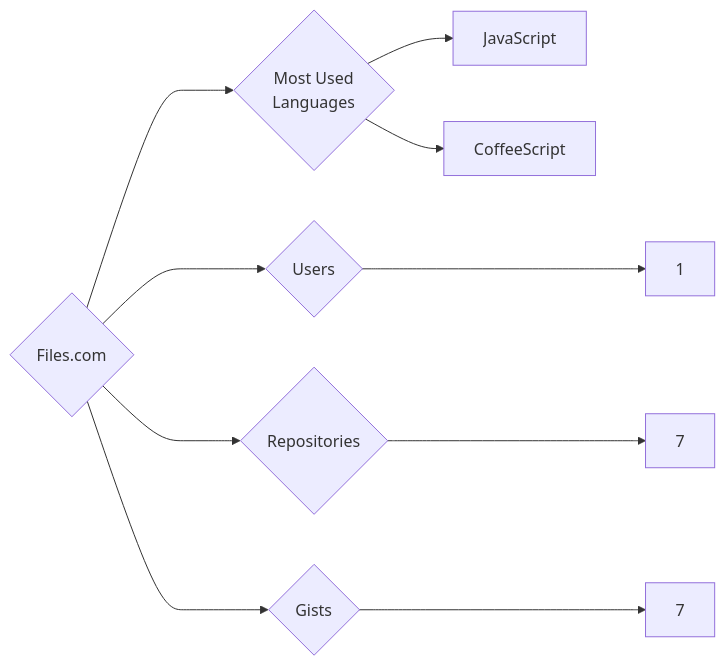
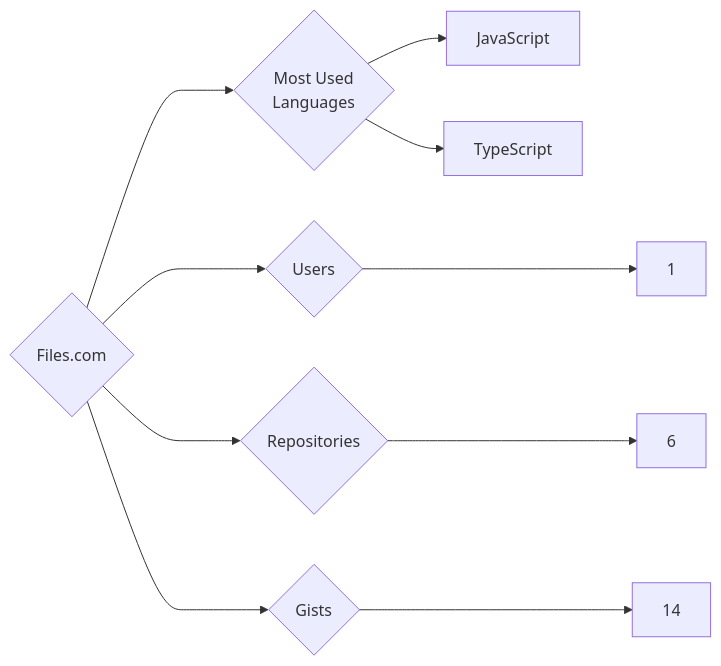
Before and after one commit to trickest/insiders: the diagram in targets/Files.com/README.md, drawn with Mermaid. The commit also changed 773 other files, not shown here.

````diff
--- a/targets/Files.com/README.md
+++ b/targets/Files.com/README.md
@@ -3,10 +3,10 @@
 ```mermaid
 graph LR
 COMPANY_NAME{Files.com}
 COMPANY_NAME ---> U{Users} ---> UN[1]
-COMPANY_NAME ---> R{Repositories} ---> RN[7]
-COMPANY_NAME ---> G{Gists} ---> GN[7]
+COMPANY_NAME ---> R{Repositories} ---> RN[6]
+COMPANY_NAME ---> G{Gists} ---> GN[14]
 COMPANY_NAME ---> ML{Most Used<br>Languages}
 ML --> JavaScript[JavaScript]
-ML --> CoffeeScript[CoffeeScript]
+ML --> TypeScript[TypeScript]
 ```
````
